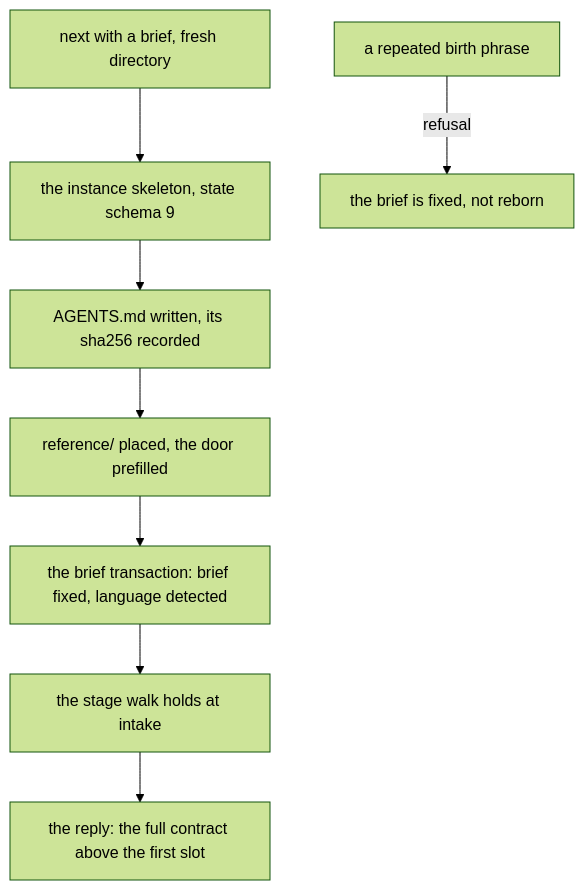
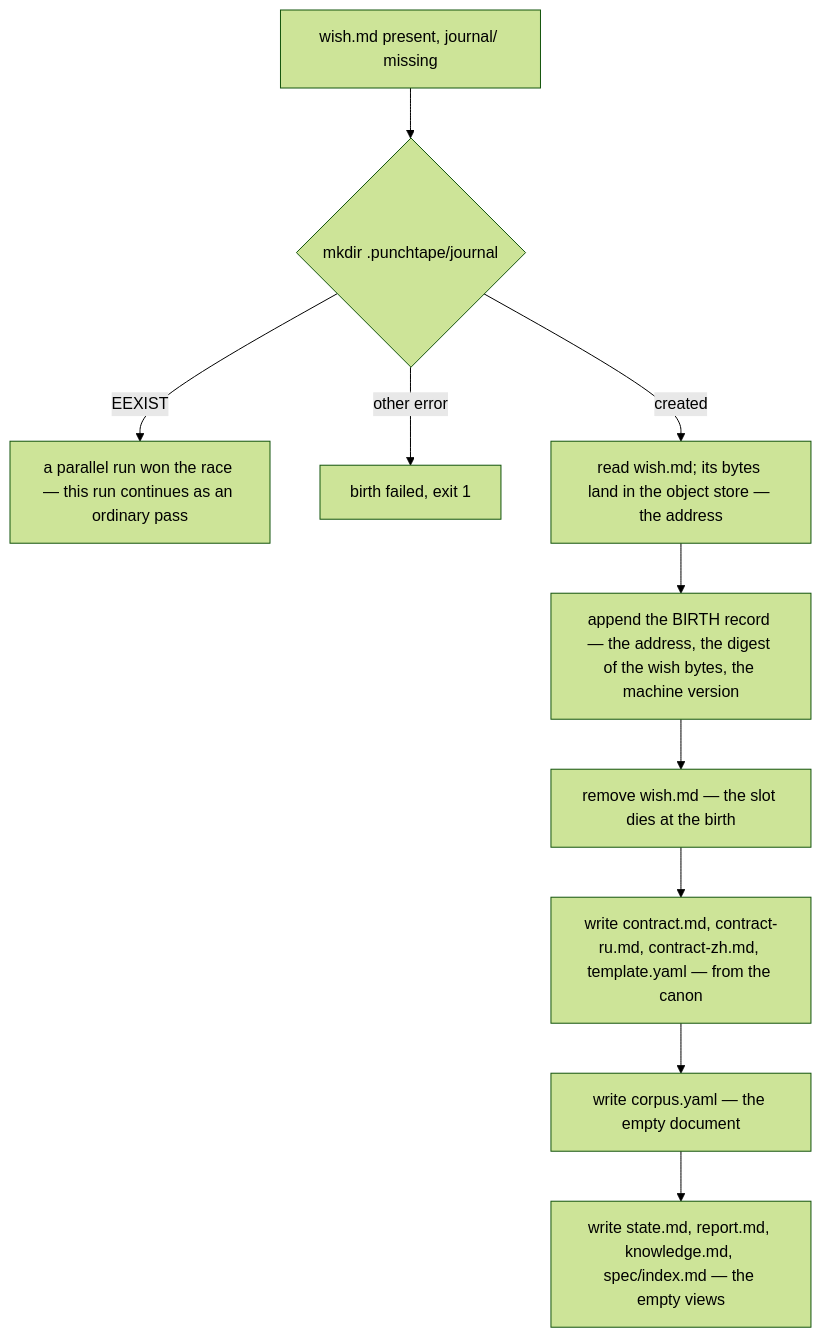
Before and after one commit to neurophant/punchtape: the second of 10 diagrams in docs/ARCHITECTURE.md, drawn with Mermaid (forest theme). The commit also changed other lines of this file and 822 other files, not shown here.

````diff
--- a/docs/ARCHITECTURE.md
+++ b/docs/ARCHITECTURE.md
@@ -267,10 +162,12 @@
 ```mermaid
 flowchart TD
-    A["next with a brief, fresh directory"] --> B["the instance skeleton, state schema 9"]
-    B --> C["AGENTS.md written, its sha256 recorded"]
-    C --> D["reference/ placed, the door prefilled"]
-    D --> E["the brief transaction: brief fixed, language detected"]
-    E --> F["the stage walk holds at intake"]
-    F --> G["the reply: the full contract above the first slot"]
-    H["a repeated birth phrase"] -->|"refusal"| I["the brief is fixed, not reborn"]
+    S["wish.md present, journal/ missing"] --> M{"mkdir .punchtape/journal"}
+    M -- "EEXIST" --> PASS["a parallel run won the race — this run continues as an ordinary pass"]
+    M -- "other error" --> FAIL["birth failed, exit 1"]
+    M -- "created" --> W["read wish.md; its bytes land in the object store — the address"]
+    W --> R["append the BIRTH record — the address, the digest of the wish bytes, the machine version"]
+    R --> RM["remove wish.md — the slot dies at the birth"]
+    RM --> F1["write contract.md, contract-ru.md, contract-zh.md, template.yaml — from the canon"]
+    F1 --> F2["write corpus.yaml — the empty document"]
+    F2 --> F3["write state.md, report.md, knowledge.md, spec/index.md — the empty views"]
 ```
````
